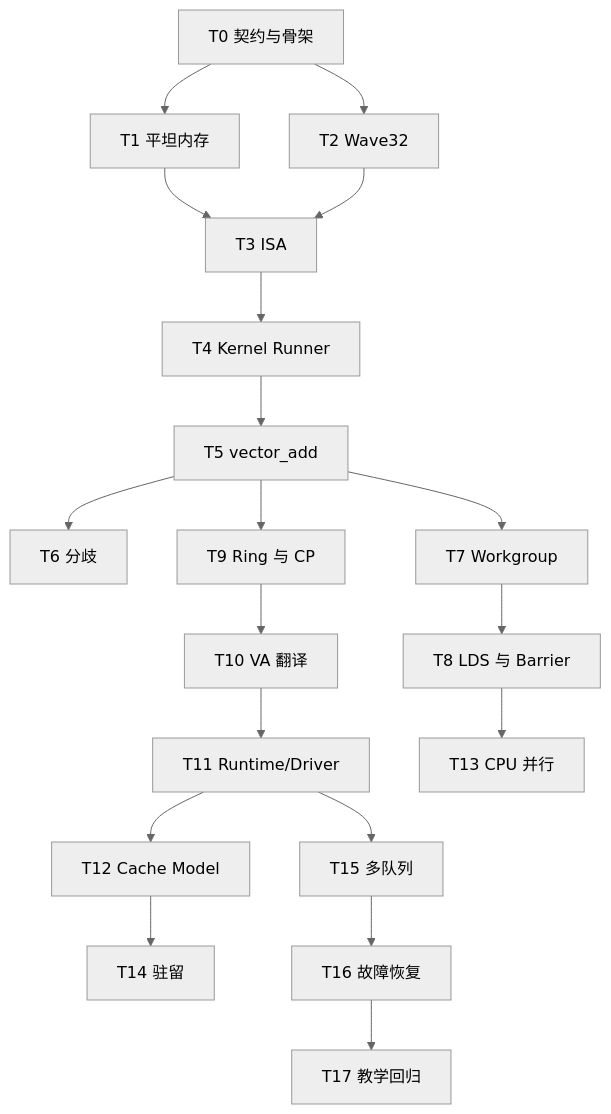
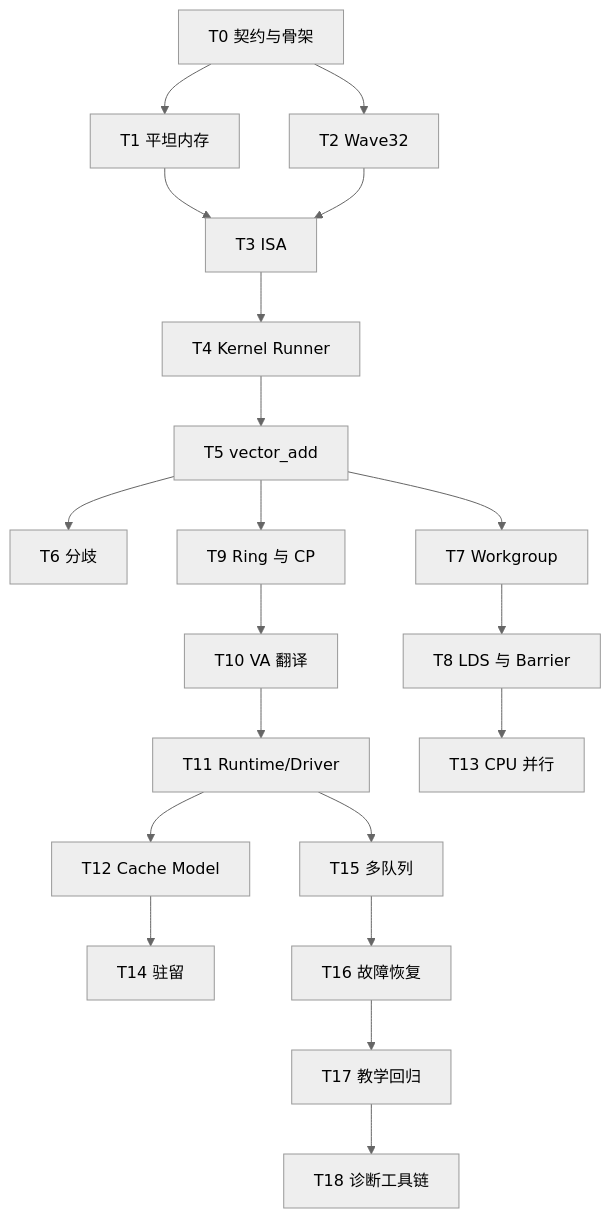
The second of 2 diagrams in docs/CPU模拟GPU教学项目_任务规划与实施规格.md (WSCWDA/GPU_MODEL), drawn with Mermaid (neutral theme) before and after one commit. The commit also changed other lines of this file, not shown here.

````diff
--- a/docs/CPU模拟GPU教学项目_任务规划与实施规格.md
+++ b/docs/CPU模拟GPU教学项目_任务规划与实施规格.md
@@ -320,21 +342,22 @@
 ```mermaid
 flowchart TD
     T0[T0 契约与骨架] --> T1[T1 平坦内存]
     T0 --> T2[T2 Wave32]
     T1 --> T3[T3 ISA]
     T2 --> T3
     T3 --> T4[T4 Kernel Runner]
     T4 --> T5[T5 vector_add]
     T5 --> T6[T6 分歧]
     T5 --> T7[T7 Workgroup]
     T7 --> T8[T8 LDS 与 Barrier]
     T5 --> T9[T9 Ring 与 CP]
     T9 --> T10[T10 VA 翻译]
     T10 --> T11[T11 Runtime/Driver]
     T11 --> T12[T12 Cache Model]
     T8 --> T13[T13 CPU 并行]
     T12 --> T14[T14 驻留]
     T11 --> T15[T15 多队列]
     T15 --> T16[T16 故障恢复]
     T16 --> T17[T17 教学回归]
+    T17 --> T18[T18 诊断工具链]
 ```
````
